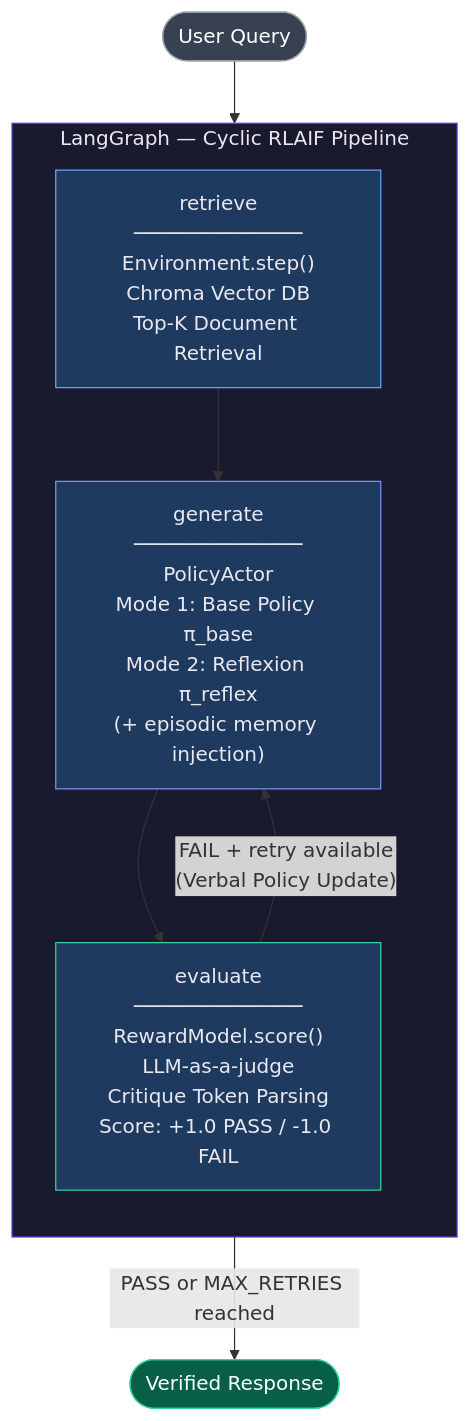
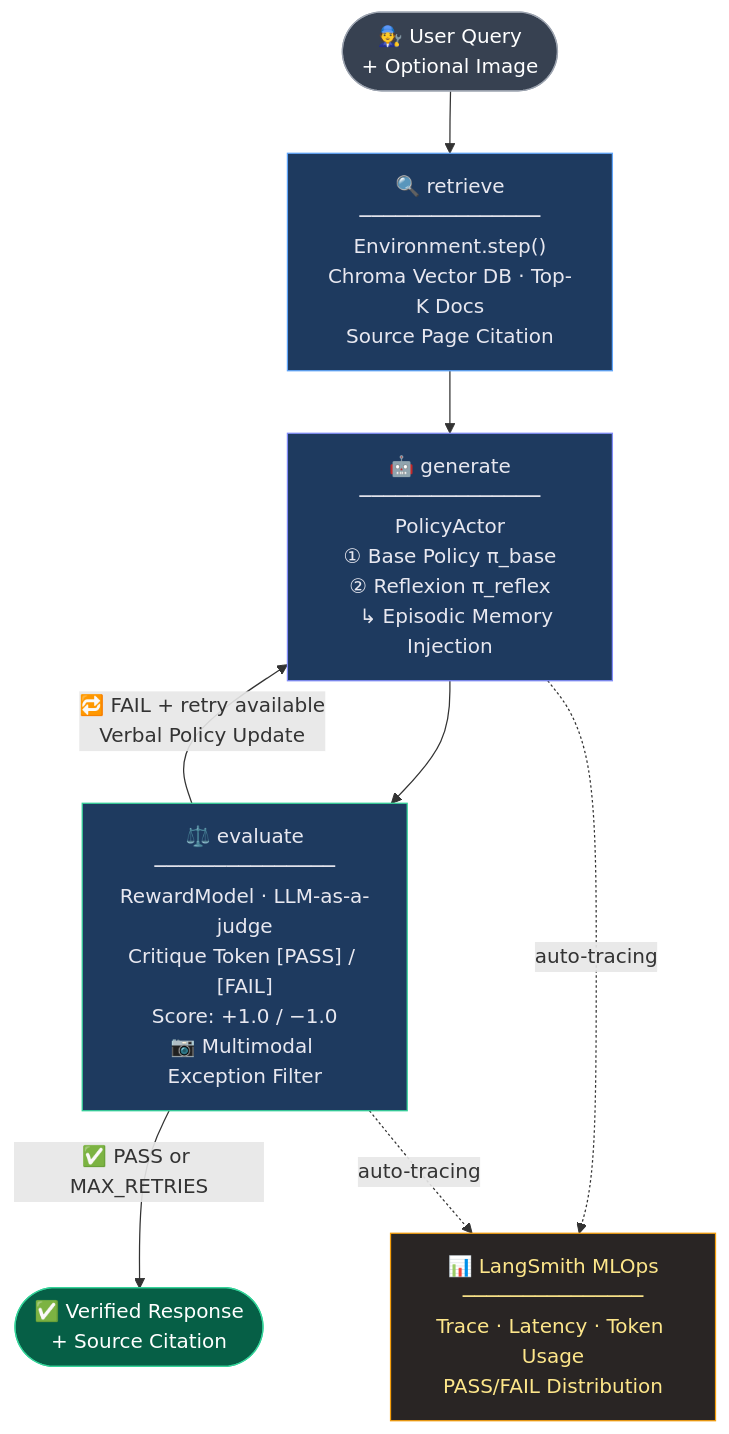
The diagram in README.md (taeyang0505/RoboGuard-RLAIF), drawn with Mermaid before and after one commit. The commit also changed other lines of this file, not shown here.

Commit message:
docs: Mermaid 다이어그램 렌더링 버그 수정 — subgraph 제거 및 S급 레이아웃 개선 + Vision RAG/LangSmith 반영

````diff
--- a/README.md
+++ b/README.md
@@ -59,30 +59,33 @@
 ```mermaid
 flowchart TD
-    A([User Query]) --> B
+    A(["🧑‍🔧 User Query\n+ Optional Image"])
 
-    subgraph LangGraph["LangGraph — Cyclic RLAIF Pipeline"]
-        direction TB
+    A --> B
 
-        B["retrieve\n──────────────\nEnvironment.step()\nChroma Vector DB\nTop-K Document Retrieval"]
+    B["🔍 retrieve\n───────────────\nEnvironment.step()\nChroma Vector DB · Top-K Docs\nSource Page Citation"]
 
-        B --> C
+    B --> C
 
-        C["generate\n──────────────\nPolicyActor\nMode 1: Base Policy π_base\nMode 2: Reflexion π_reflex\n(+ episodic memory injection)"]
+    C["🤖 generate\n───────────────\nPolicyActor\n① Base Policy π_base\n② Reflexion π_reflex\n   ↳ Episodic Memory Injection"]
 
-        C --> D
+    C --> D
 
-        D["evaluate\n──────────────\nRewardModel.score()\nLLM-as-a-judge\nCritique Token Parsing\nScore: +1.0 PASS / -1.0 FAIL"]
-    end
+    D["⚖️ evaluate\n───────────────\nRewardModel · LLM-as-a-judge\nCritique Token [PASS] / [FAIL]\nScore: +1.0 / −1.0\n📷 Multimodal Exception Filter"]
 
-    D -- "FAIL + retry available\n(Verbal Policy Update)" --> C
-    D -- "PASS or MAX_RETRIES reached" --> E
+    D -- "🔁 FAIL + retry available\nVerbal Policy Update" --> C
+    D -- "✅ PASS or MAX_RETRIES" --> E
 
-    E([Verified Response])
+    E(["✅ Verified Response\n+ Source Citation"])
 
-    style LangGraph fill:#1a1a2e,stroke:#4f46e5,color:#e8e8f0
+    F["📊 LangSmith MLOps\n───────────────\nTrace · Latency · Token Usage\nPASS/FAIL Distribution"]
+
+    C -.->|"auto-tracing"| F
+    D -.->|"auto-tracing"| F
+
+    style A fill:#374151,stroke:#9ca3af,color:#fff,rx:12
     style B fill:#1e3a5f,stroke:#60a5fa,color:#e8e8f0
     style C fill:#1e3a5f,stroke:#818cf8,color:#e8e8f0
     style D fill:#1e3a5f,stroke:#34d399,color:#e8e8f0
-    style A fill:#374151,stroke:#9ca3af,color:#fff
-    style E fill:#065f46,stroke:#34d399,color:#fff
+    style E fill:#065f46,stroke:#34d399,color:#fff,rx:12
+    style F fill:#292524,stroke:#f59e0b,color:#fde68a
 ```
````
